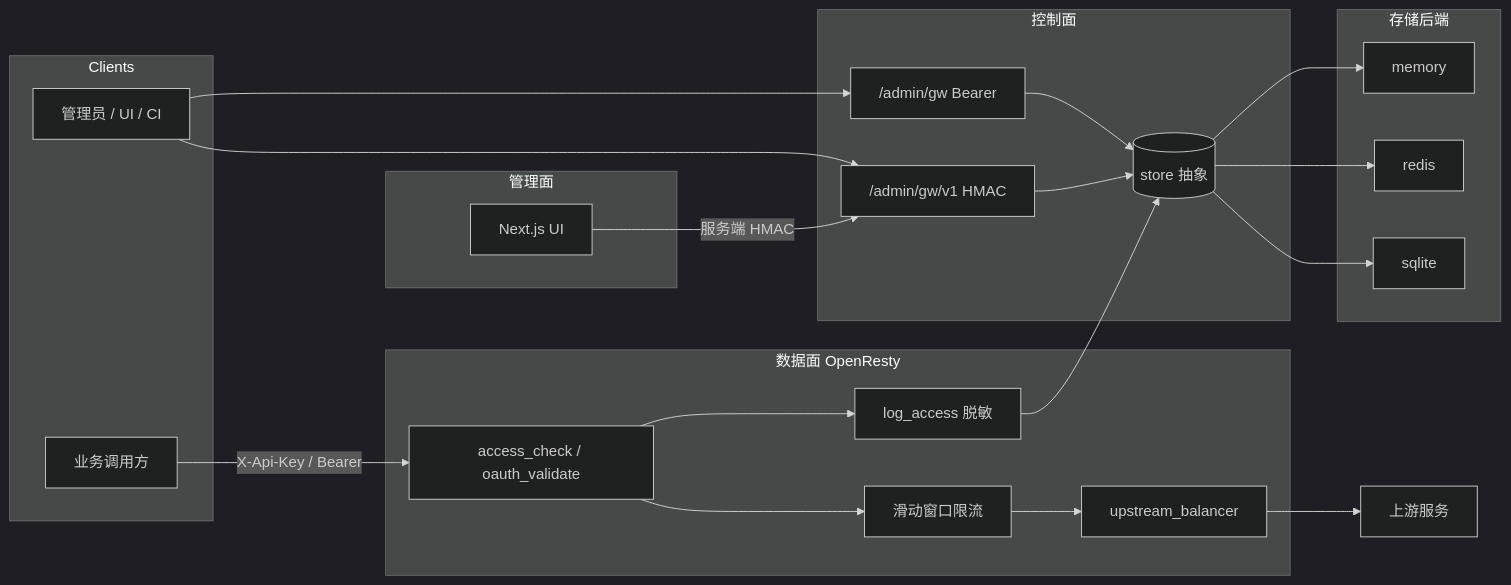
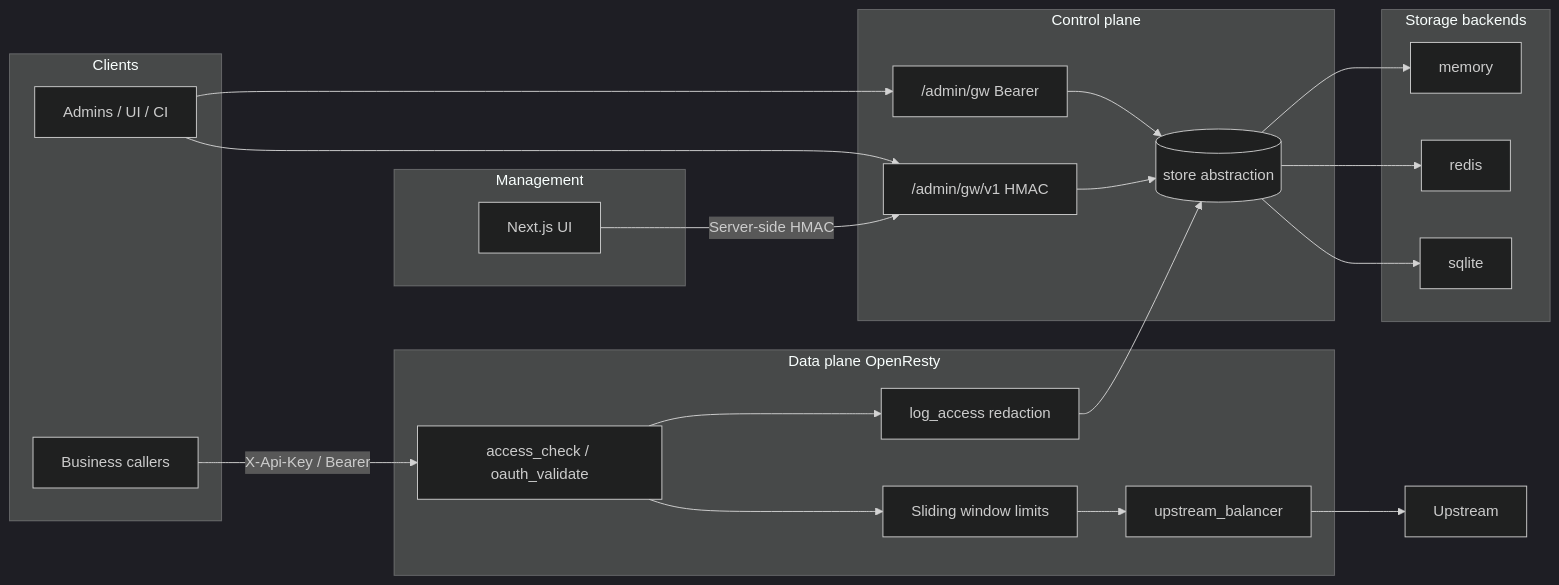
The diagram in README.md (coder-jeffery/mini-gateway), drawn with Mermaid (dark theme) before and after one commit. The commit also changed other lines of this file and 7 other files, not shown here.

````diff
--- a/README.md
+++ b/README.md
@@ -9,40 +11,40 @@
 ```mermaid
 flowchart LR
   subgraph clients [Clients]
-    B[业务调用方]
-    A[管理员 / UI / CI]
+    B[Business callers]
+    A[Admins / UI / CI]
   end
 
-  subgraph data_plane [数据面 OpenResty]
+  subgraph data_plane [Data plane OpenResty]
     GW[access_check / oauth_validate]
-    RL[滑动窗口限流]
+    RL[Sliding window limits]
     BAL[upstream_balancer]
-    LOG[log_access 脱敏]
+    LOG[log_access redaction]
   end
 
-  subgraph control_plane [控制面]
+  subgraph control_plane [Control plane]
     V0["/admin/gw Bearer"]
     V1["/admin/gw/v1 HMAC"]
-    STORE[(store 抽象)]
+    STORE[(store abstraction)]
   end
 
-  subgraph mgmt [管理面]
+  subgraph mgmt [Management]
     UI[Next.js UI]
   end
 
-  subgraph backends [存储后端]
+  subgraph backends [Storage backends]
     MEM[memory]
     RED[redis]
     SQL[sqlite]
   end
 
   B -->|X-Api-Key / Bearer| GW
-  GW --> RL --> BAL --> UP[上游服务]
+  GW --> RL --> BAL --> UP[Upstream]
   GW --> LOG --> STORE
   A --> V0 --> STORE
   A --> V1 --> STORE
-  UI -->|服务端 HMAC| V1
+  UI -->|Server-side HMAC| V1
   STORE --> MEM
   STORE --> RED
   STORE --> SQL
 ```
````
